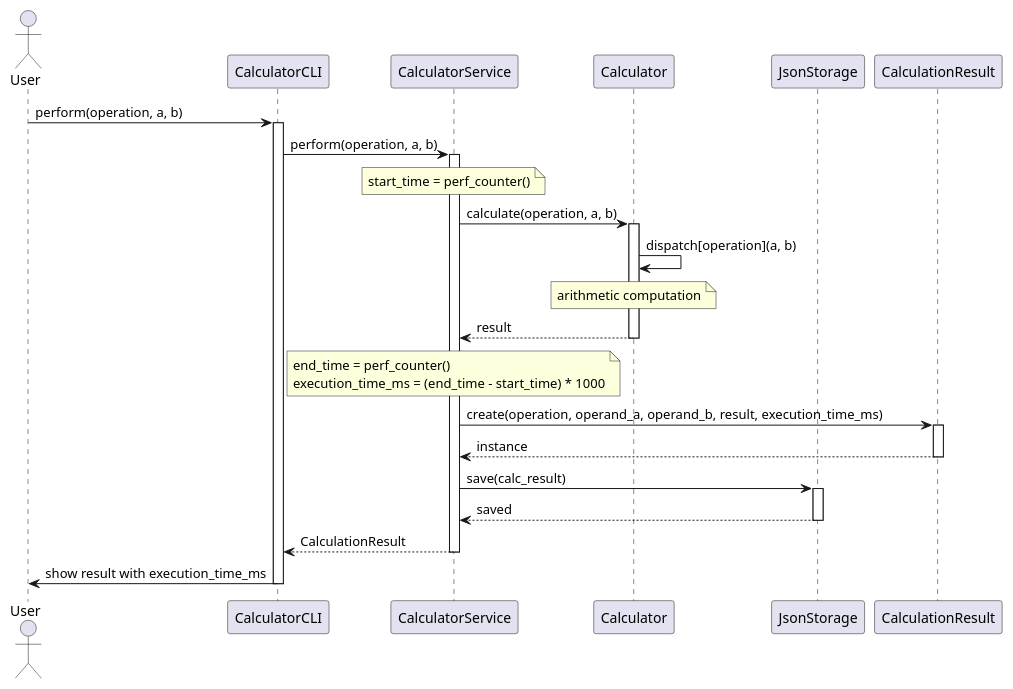
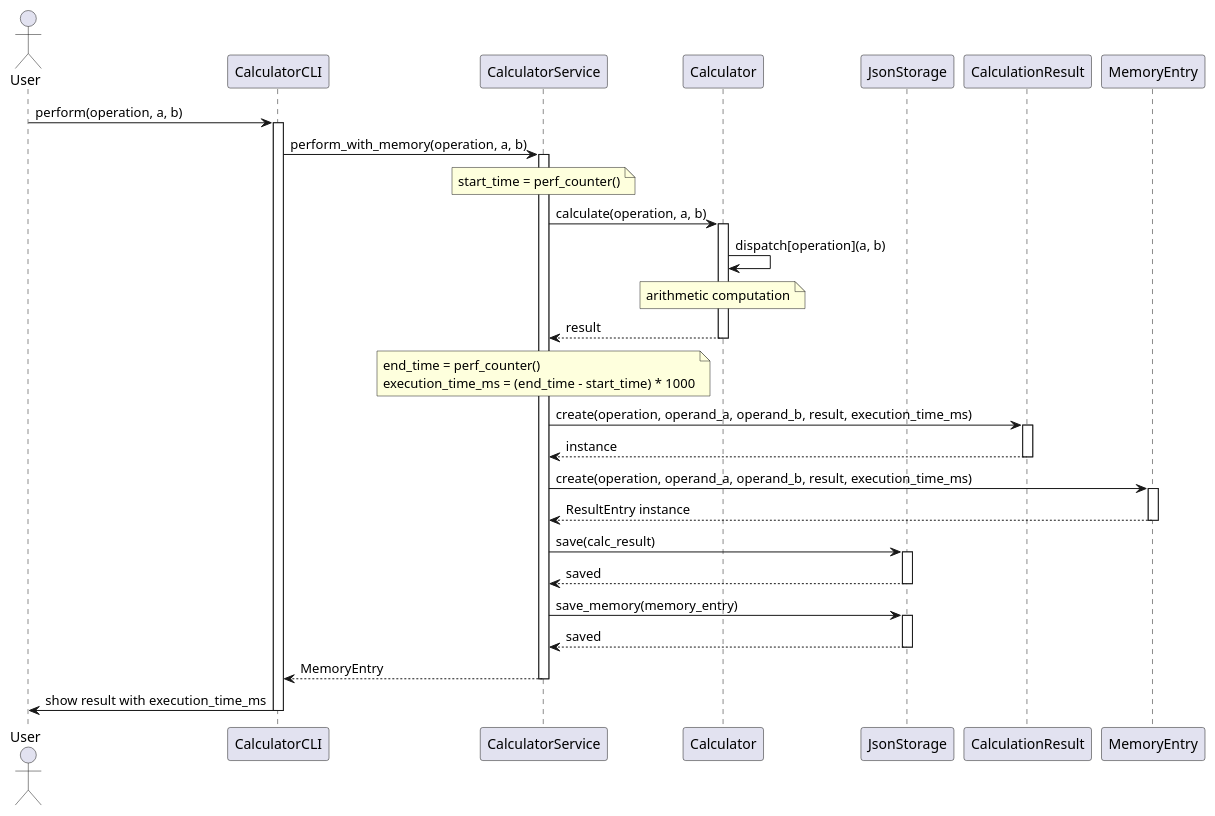
Before and after one commit to DanielRiha8906/Software_autoevolution_using_agents: the diagram in experiments/broadcast/user_stories/calculator/artifacts/sequence_diagram.puml, drawn with PlantUML. The commit also changed 13 other files, not shown here.

```diff
--- a/experiments/broadcast/user_stories/calculator/artifacts/sequence_diagram.puml
+++ b/experiments/broadcast/user_stories/calculator/artifacts/sequence_diagram.puml
@@ -1,45 +1,56 @@
 @startuml sequence_diagram
 
 actor User
 participant CalculatorCLI
 participant CalculatorService
 participant Calculator
 participant JsonStorage
 participant CalculationResult
+participant MemoryEntry
 
 User -> CalculatorCLI: perform(operation, a, b)
 activate CalculatorCLI
 
-CalculatorCLI -> CalculatorService: perform(operation, a, b)
+CalculatorCLI -> CalculatorService: perform_with_memory(operation, a, b)
 activate CalculatorService
 
 note over CalculatorService: start_time = perf_counter()
 
 CalculatorService -> Calculator: calculate(operation, a, b)
 activate Calculator
 
 Calculator -> Calculator: dispatch[operation](a, b)
 note over Calculator: arithmetic computation
 
 Calculator --> CalculatorService: result
 deactivate Calculator
 
 note over CalculatorService: end_time = perf_counter()\nexecution_time_ms = (end_time - start_time) * 1000
 
 CalculatorService -> CalculationResult: create(operation, operand_a, operand_b, result, execution_time_ms)
 activate CalculationResult
 CalculationResult --> CalculatorService: instance
 deactivate CalculationResult
 
+CalculatorService -> MemoryEntry: create(operation, operand_a, operand_b, result, execution_time_ms)
+activate MemoryEntry
+MemoryEntry --> CalculatorService: ResultEntry instance
+deactivate MemoryEntry
+
 CalculatorService -> JsonStorage: save(calc_result)
 activate JsonStorage
 JsonStorage --> CalculatorService: saved
 deactivate JsonStorage
 
-CalculatorService --> CalculatorCLI: CalculationResult
+CalculatorService -> JsonStorage: save_memory(memory_entry)
+activate JsonStorage
+JsonStorage --> CalculatorService: saved
+deactivate JsonStorage
+
+CalculatorService --> CalculatorCLI: MemoryEntry
 deactivate CalculatorService
 
 CalculatorCLI -> User: show result with execution_time_ms
 deactivate CalculatorCLI
 
 @enduml
```
